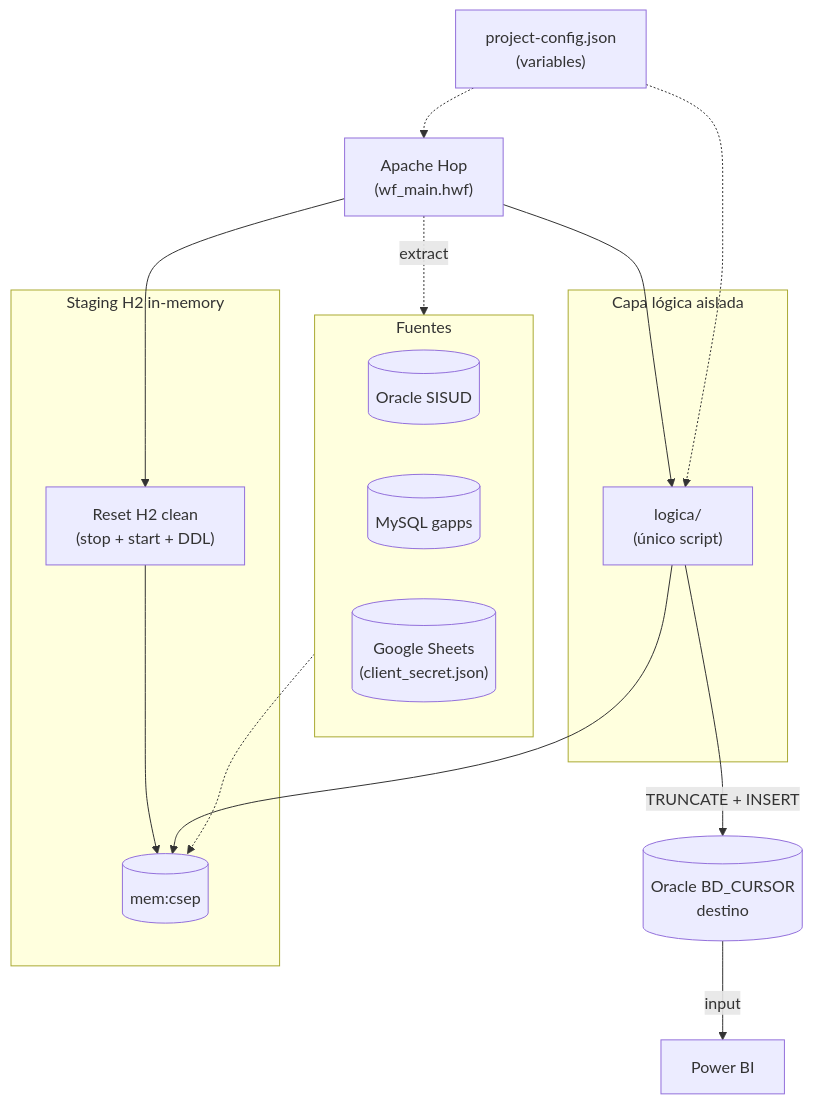
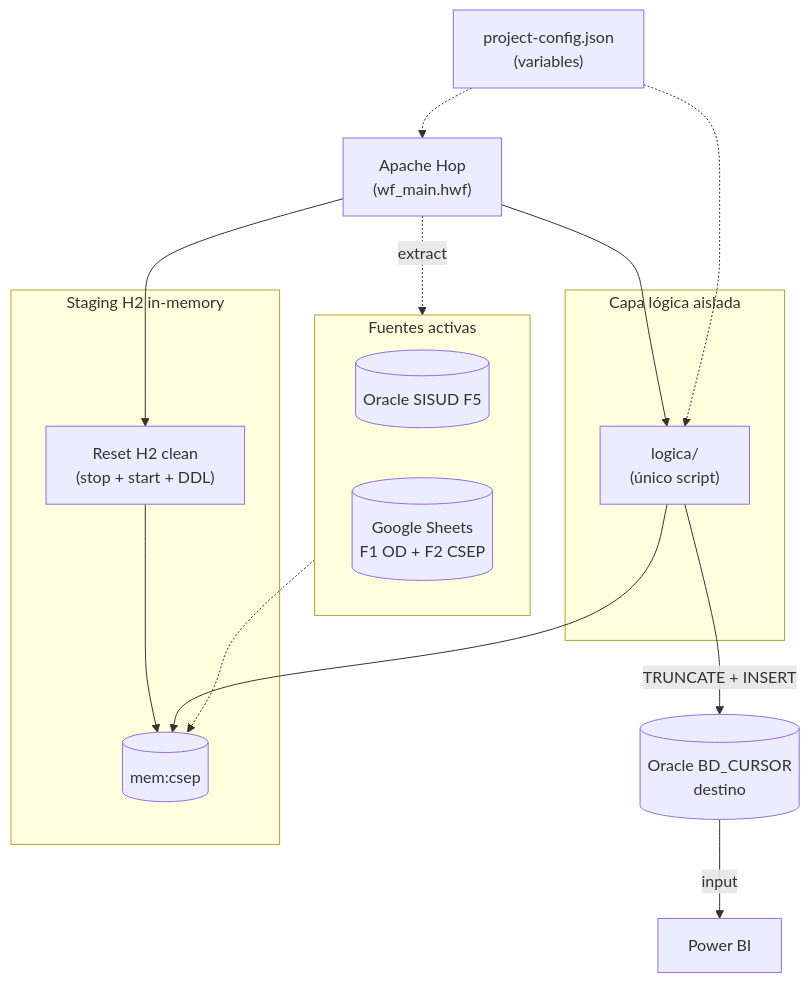
Before and after one commit to nwodevops/multa_informes_etl: the diagram in docs/lineamientos/PROPUESTA_ADAPTADA_ETL.md, drawn with Mermaid. The commit also changed other lines of this file and 46 other files, not shown here.

````diff
--- a/docs/lineamientos/PROPUESTA_ADAPTADA_ETL.md
+++ b/docs/lineamientos/PROPUESTA_ADAPTADA_ETL.md
@@ -20,33 +22,32 @@
 ```mermaid
 flowchart TD
     HOP["Apache Hop<br/>(wf_main.hwf)"]
 
     subgraph H2["Staging H2 in-memory"]
         RESET["Reset H2 clean<br/>(stop + start + DDL)"]
         DBH2[("mem:csep")]
     end
 
     subgraph LOGICA["Capa lógica aislada"]
         LOG["logica/<br/>(único script)"]
     end
 
-    subgraph FUENTES["Fuentes"]
-        ORASISUD[("Oracle SISUD")]
-        MYSQL[("MySQL gapps")]
-        SHEETS[("Google Sheets<br/>(client_secret.json)")]
+    subgraph FUENTES["Fuentes activas"]
+        ORASISUD[("Oracle SISUD F5")]
+        SHEETS[("Google Sheets<br/>F1 OD + F2 CSEP")]
     end
 
     ORAREPO[("Oracle BD_CURSOR<br/>destino")]
     PBI["Power BI"]
 
     HOP --> RESET
     RESET --> DBH2
     HOP -.->|"extract"| FUENTES
     FUENTES -.-> DBH2
     HOP --> LOG
     LOG --> DBH2
     LOG -->|"TRUNCATE + INSERT"| ORAREPO
     ORAREPO -->|"input"| PBI
     CONFIG["project-config.json<br/>(variables)"] -.-> HOP
     CONFIG -.-> LOG
 ```
````
